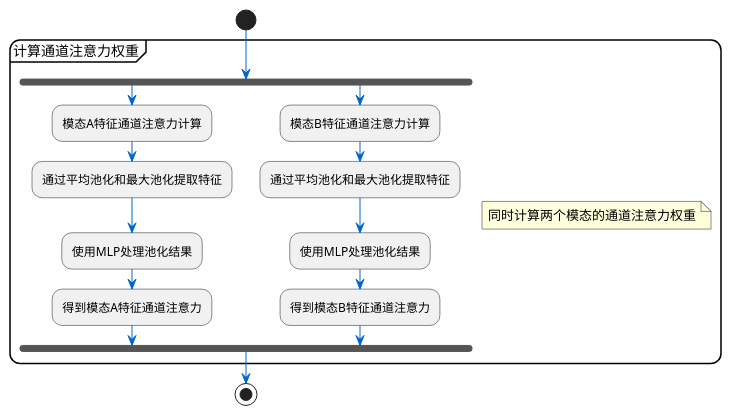
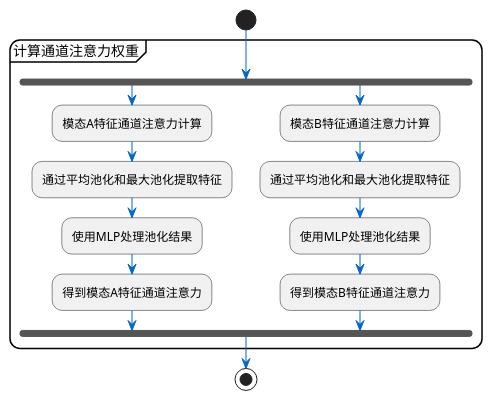
Before and after one commit to Mriris/HeteroCD-GOLD: the diagram in doc/image/双向通道注意力/双向通道注意力-计算通道注意力权重.puml, drawn with PlantUML. The commit also changed 7 other files, not shown here.

Commit message:
流程图模块化

```diff
--- a/doc/image/双向通道注意力/双向通道注意力-计算通道注意力权重.puml
+++ b/doc/image/双向通道注意力/双向通道注意力-计算通道注意力权重.puml
@@ -1,24 +1,23 @@
 @startuml 双向通道注意力-计算通道注意力权重
 skinparam backgroundColor white
 skinparam roundcorner 20
 skinparam ArrowColor #0066CC
 
 start
 
 partition "计算通道注意力权重" {
   fork
      :模态A特征通道注意力计算;
      :通过平均池化和最大池化提取特征;
      :使用MLP处理池化结果;
      :得到模态A特征通道注意力;
   fork again
      :模态B特征通道注意力计算;
      :通过平均池化和最大池化提取特征;
      :使用MLP处理池化结果;
      :得到模态B特征通道注意力;
   end fork
 }
-note right: 同时计算两个模态的通道注意力权重
 
 stop
 @enduml 
```
